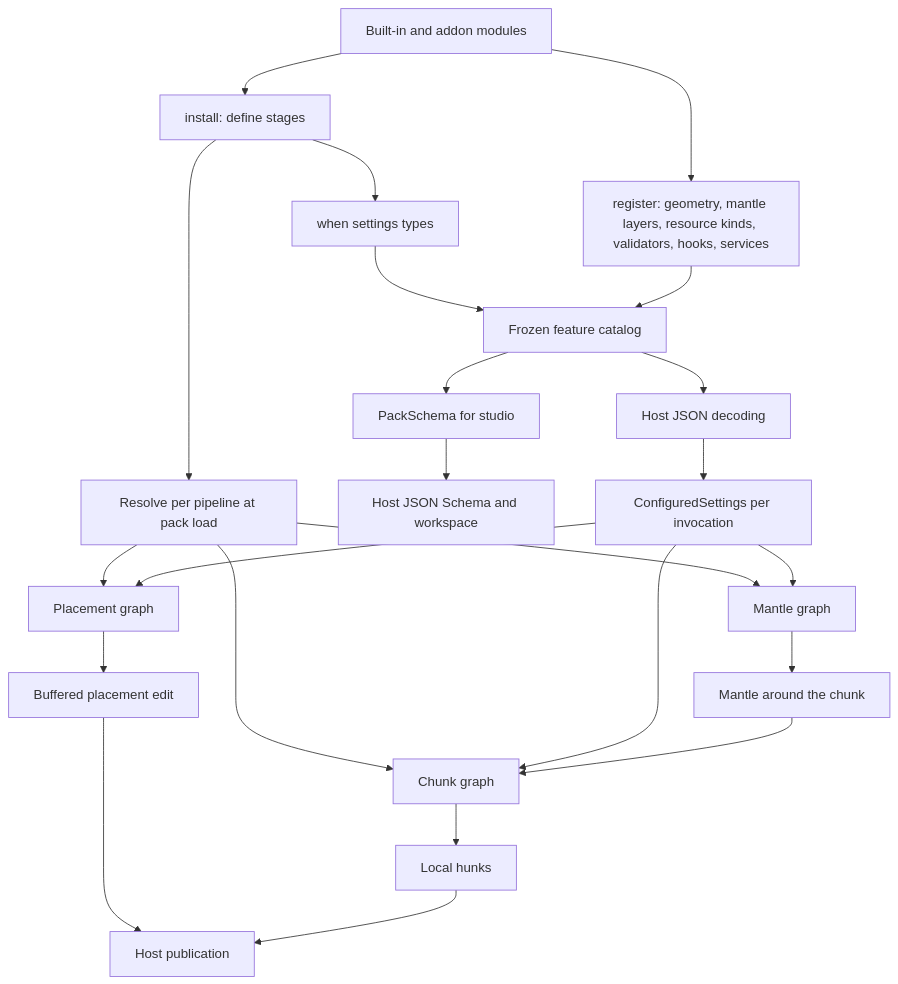
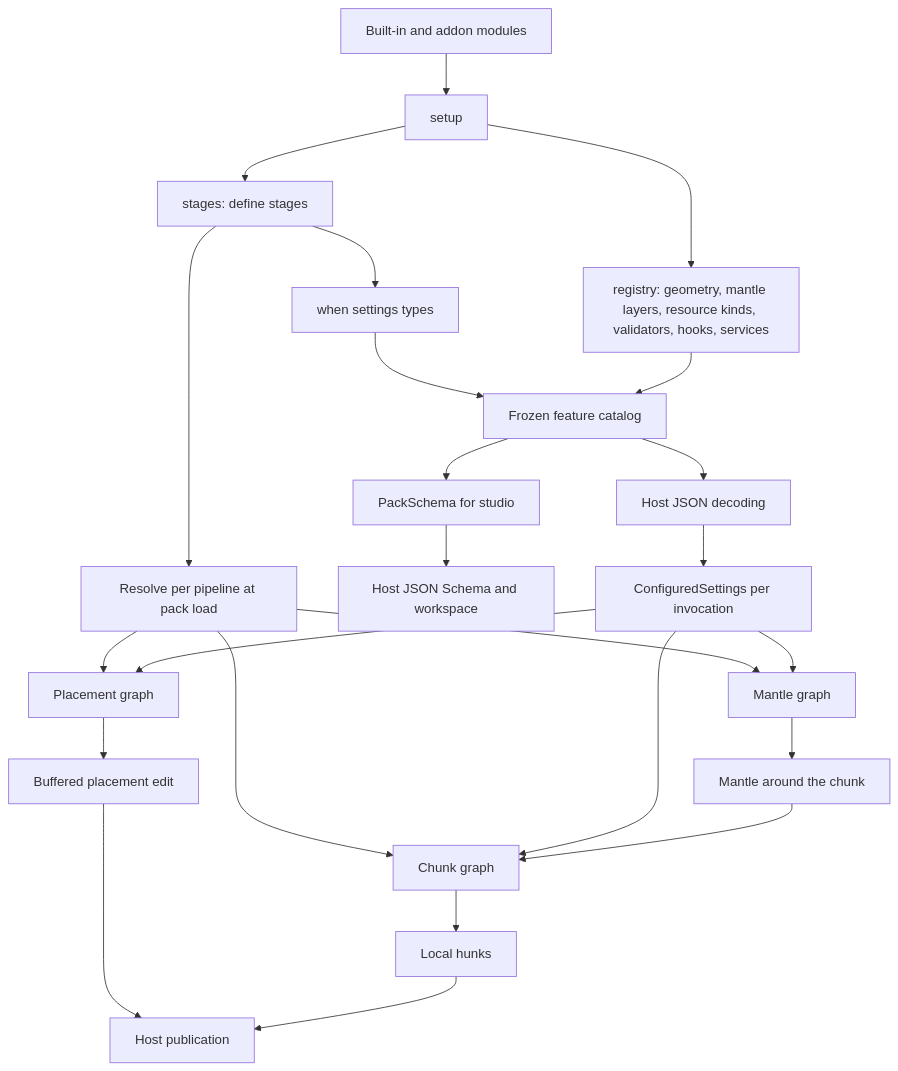
One commit to VolmitSoftware/Iris changed the diagram in DESIGN.md. Above: the diagram before and after it, drawn with Mermaid. The commit also changed other lines of this file and 74 other files, not shown here.

````diff
--- a/DESIGN.md
+++ b/DESIGN.md
@@ -16,25 +16,26 @@
 ```mermaid
 flowchart TD
-    Modules[Built-in and addon modules] --> Install[install: define stages]
-    Modules --> Register[register: geometry, mantle layers, resource kinds, validators, hooks, services]
+    Modules[Built-in and addon modules] --> Setup[setup]
+    Setup --> Install[stages: define stages]
+    Setup --> Register[registry: geometry, mantle layers, resource kinds, validators, hooks, services]
     Install --> Resolve[Resolve per pipeline at pack load]
     Install --> Settings[when settings types]
     Settings --> Catalog[Frozen feature catalog]
     Register --> Catalog
     Resolve --> Placement[Placement graph]
     Resolve --> MantleGraph[Mantle graph]
     Resolve --> Chunk[Chunk graph]
     Catalog --> Schema[PackSchema for studio]
     Schema --> Render[Host JSON Schema and workspace]
     Catalog --> Decode[Host JSON decoding]
     Decode --> Configured[ConfiguredSettings per invocation]
     Configured --> Placement
     Configured --> MantleGraph
     Configured --> Chunk
     Placement --> Edit[Buffered placement edit]
     MantleGraph --> MantleData[Mantle around the chunk]
     MantleData --> Chunk
     Chunk --> Hunk[Local hunks]
     Edit --> Publish[Host publication]
     Hunk --> Publish
 ```
````
